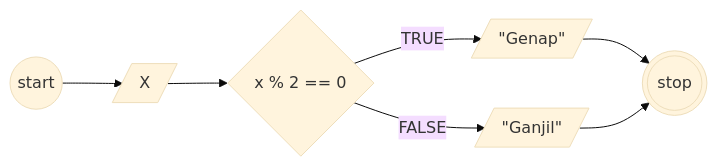
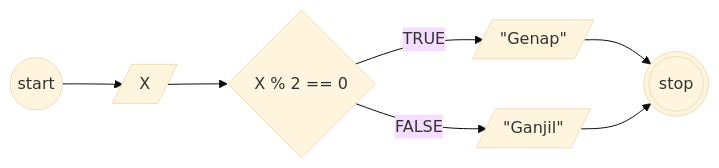
The diagram in algoritma-mititask-bilanganganjil-genap.md (yusufbahtiarr/fgo24-algoritma), drawn with Mermaid (base theme) before and after one commit.

````diff
--- a/algoritma-mititask-bilanganganjil-genap.md
+++ b/algoritma-mititask-bilanganganjil-genap.md
@@ -10,17 +10,17 @@
 ```mermaid
 flowchart LR
 
 a@{shape: circle, label: "start"}
 b@{shape: lean-r, label: "X"}
-c@{shape: diamond, label: "x % 2 == 0"}
+c@{shape: diamond, label: "X % 2 == 0"}
 d@{shape: lean-r, label: '"Genap"'}
 e@{shape: lean-r, label: '"Ganjil"'}
 x@{shape: dbl-circ, label: "stop"}
 
 a --> b
 b --> c
 c --TRUE--> d
 c --FALSE--> e
 d --> x
 e --> x
 ```
````
